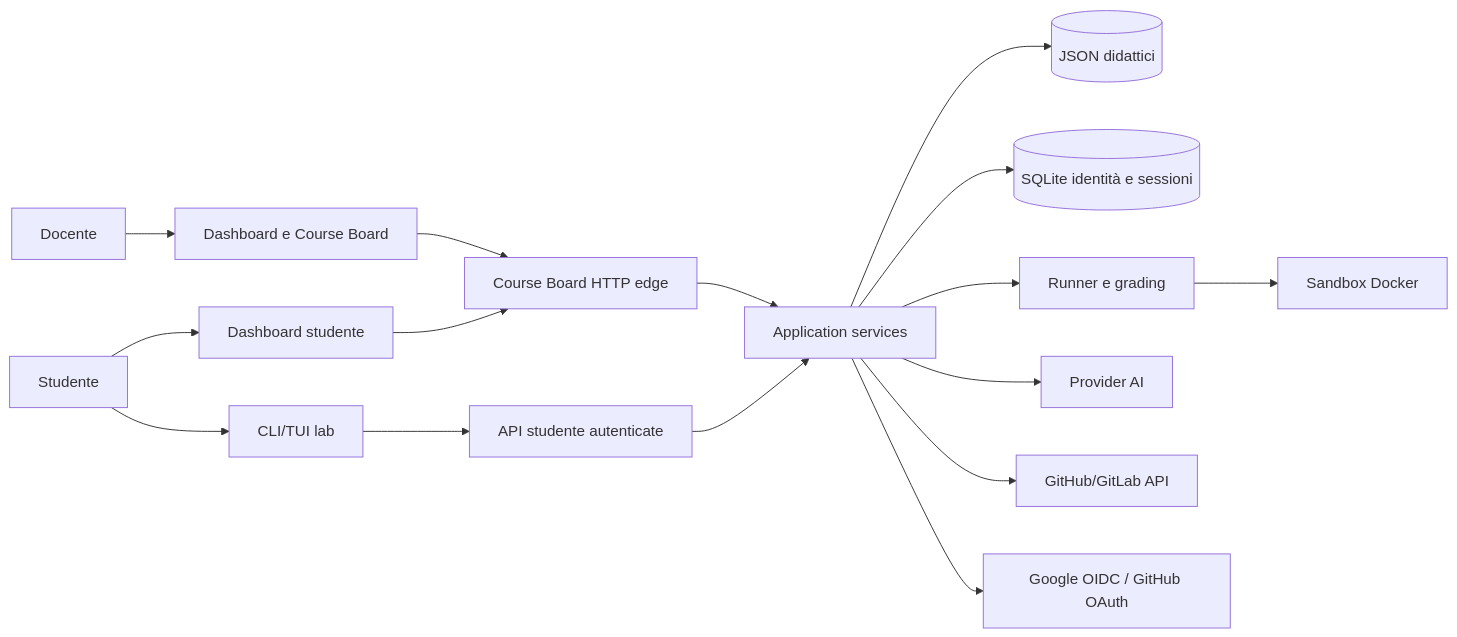
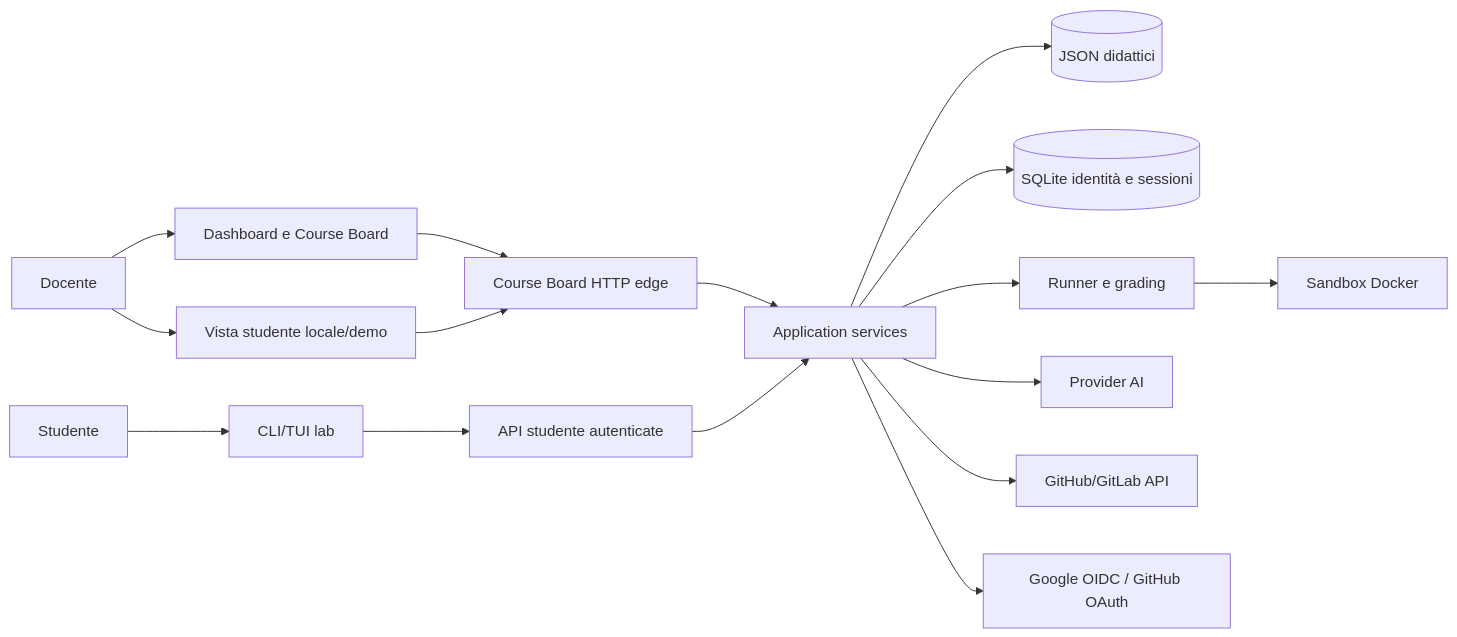
The first of 5 diagrams in doc/ARCHITETTURA_MVP.md (TheBitPoets/2cornot2c), drawn with Mermaid before and after one commit. The commit also changed other lines of this file and 3 other files, not shown here.

````diff
--- a/doc/ARCHITETTURA_MVP.md
+++ b/doc/ARCHITETTURA_MVP.md
@@ -11,18 +11,18 @@
 ```mermaid
 flowchart LR
     Teacher[Docente] --> Web[Dashboard e Course Board]
-    Student[Studente] --> StudentWeb[Dashboard studente]
-    Student --> TUI[CLI/TUI lab]
+    Teacher --> StudentWeb[Vista studente locale/demo]
+    Student[Studente] --> TUI[CLI/TUI lab]
     Web --> HTTP[Course Board HTTP edge]
     StudentWeb --> HTTP
     TUI --> API[API studente autenticate]
     HTTP --> Services[Application services]
     API --> Services
     Services --> JSON[(JSON didattici)]
     Services --> SQLite[(SQLite identità e sessioni)]
     Services --> Runner[Runner e grading]
     Runner --> Docker[Sandbox Docker]
     Services --> AI[Provider AI]
     Services --> Repo[GitHub/GitLab API]
     Services --> OIDC[Google OIDC / GitHub OAuth]
 ```
````
